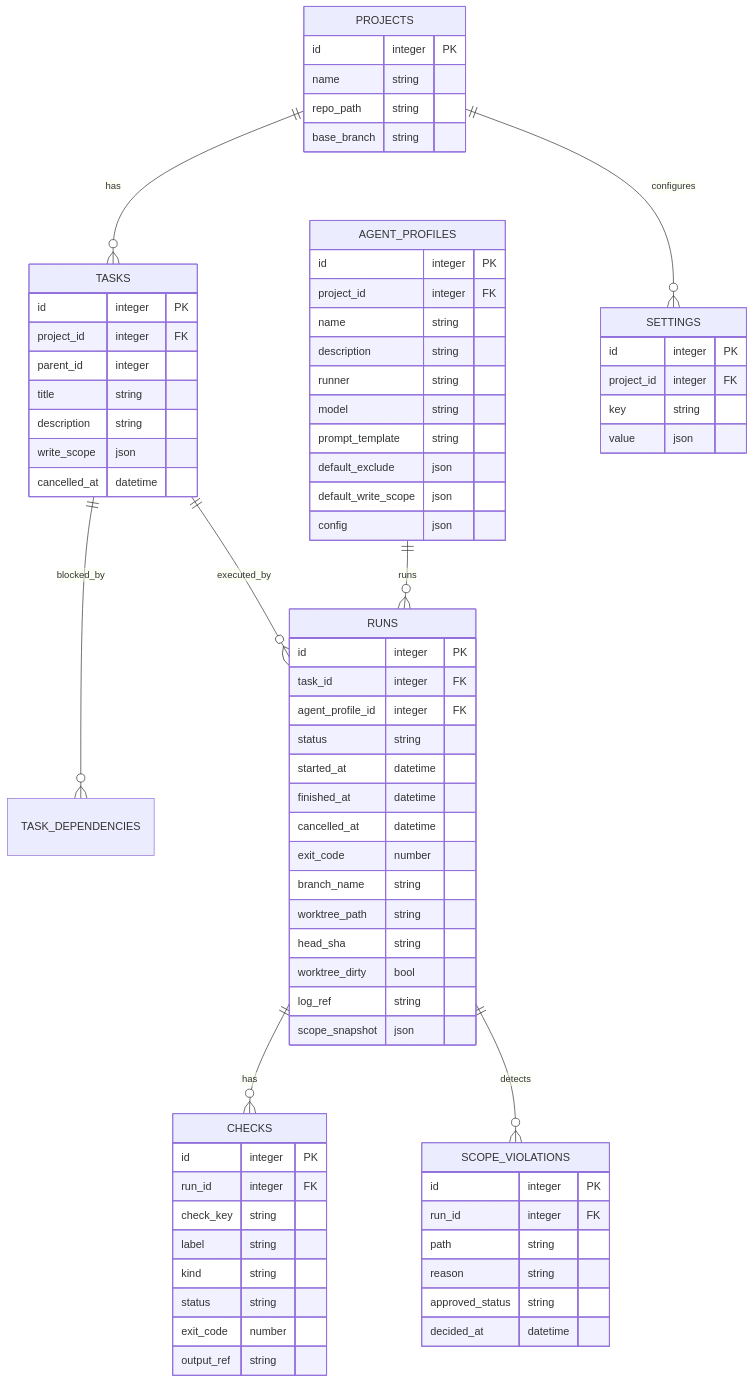
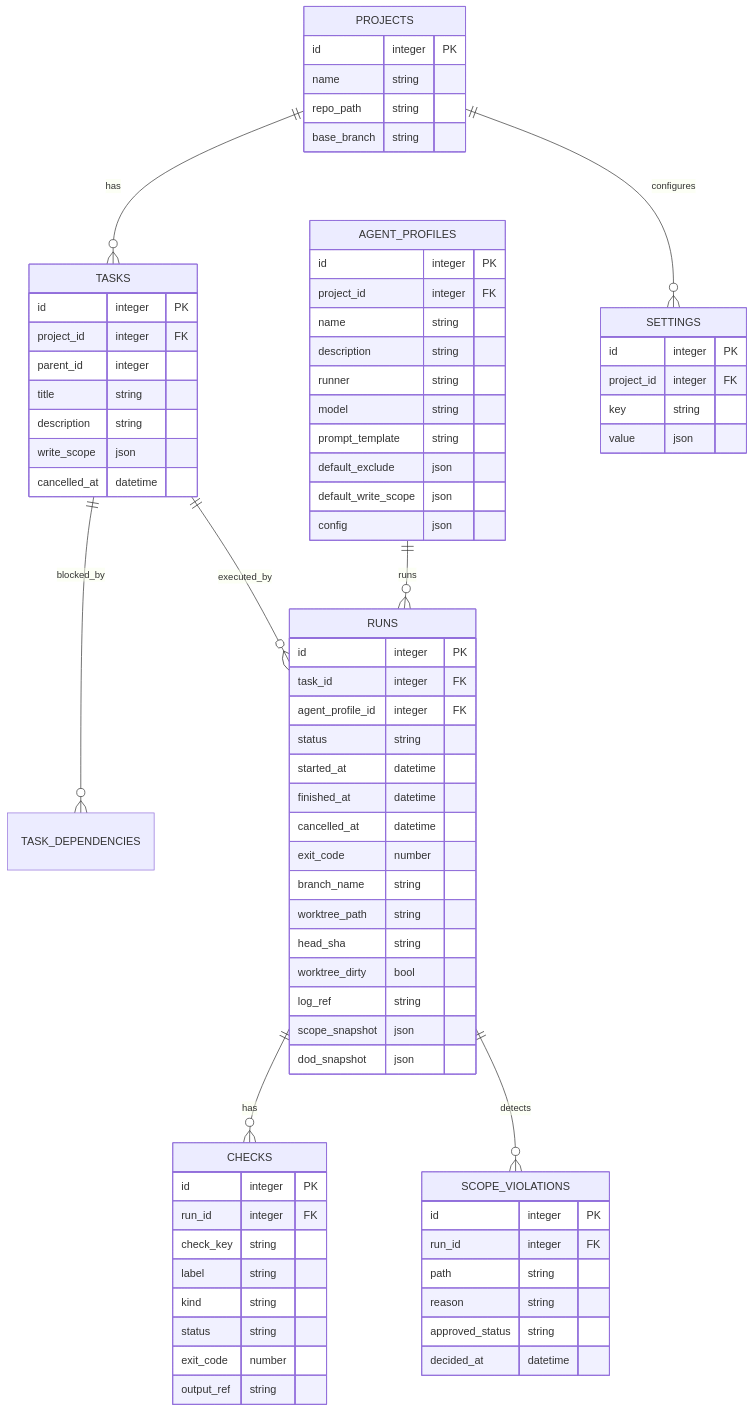
Before and after one commit to krtw00/AgentMine: the diagram in docs/03-details/data-model.md, drawn with Mermaid. The commit also changed other lines of this file and 5 other files, not shown here.

```diff
--- a/docs/03-details/data-model.md
+++ b/docs/03-details/data-model.md
@@ -61,6 +61,7 @@
         worktree_dirty bool
         log_ref string
         scope_snapshot json
+        dod_snapshot json
     }
 
     CHECKS {
```
